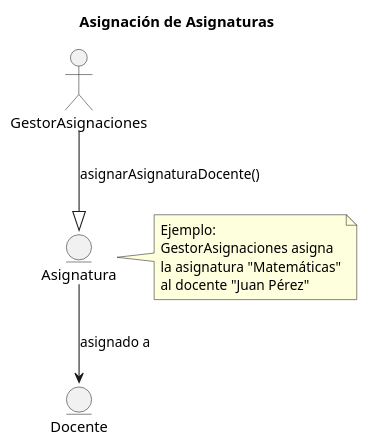
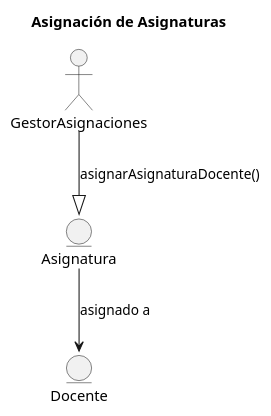
One commit to mmasias/23-24-IdSw1-SDR changed the diagram in Casos de Uso/Asignacion de asignaturas.puml. Above: the diagram before and after it, drawn with PlantUML.

Commit message:
Cambiando caso de uso asignacion de asignaturas

```diff
--- a/Casos de Uso/Asignacion de asignaturas.puml
+++ b/Casos de Uso/Asignacion de asignaturas.puml
@@ -1,18 +1,10 @@
 @startuml
 title Asignación de Asignaturas
 
 actor GestorAsignaciones
 entity Asignatura
 entity Docente
 
 GestorAsignaciones --|> Asignatura: asignarAsignaturaDocente()
 Asignatura --> Docente: asignado a
-
-note right of Asignatura
-  Ejemplo:
-  GestorAsignaciones asigna
-  la asignatura "Matemáticas"
-  al docente "Juan Pérez"
-end note
-
 @enduml
```
